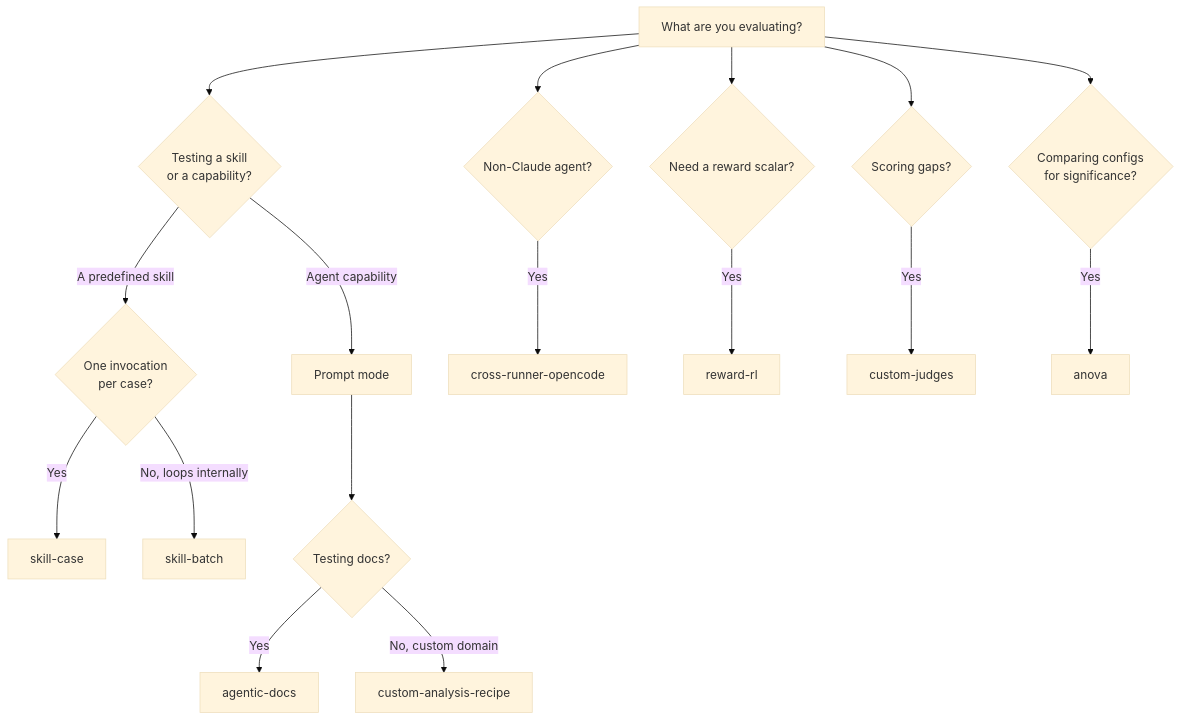
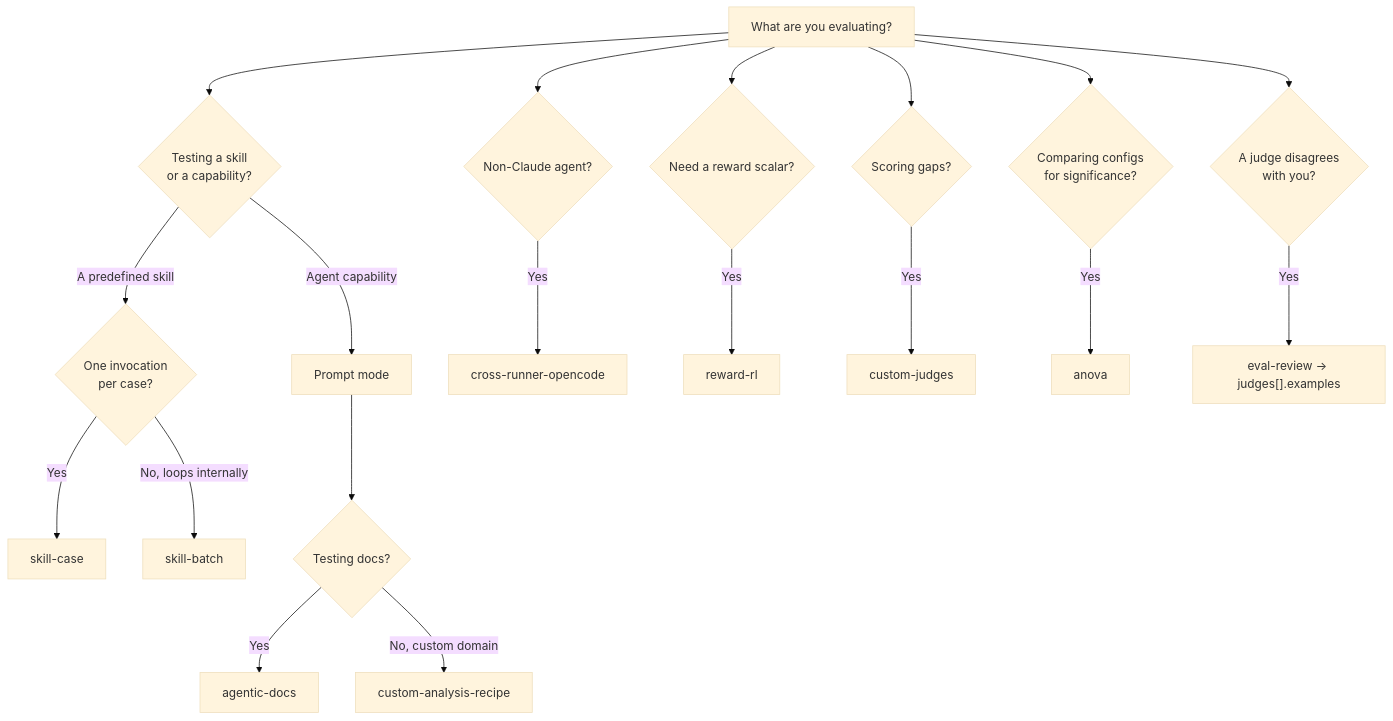
One commit to opendatahub-io/agent-eval-harness changed the diagram in website/cookbook/index.md. Above: the diagram before and after it, drawn with Mermaid (base theme). The commit also changed other lines of this file and 6 other files, not shown here.

````diff
--- a/website/cookbook/index.md
+++ b/website/cookbook/index.md
@@ -68,19 +70,21 @@
 ```mermaid
 flowchart TD
     A[What are you evaluating?] --> B{Testing a skill<br/>or a capability?}
     B -->|A predefined skill| C{One invocation<br/>per case?}
     B -->|Agent capability| D[Prompt mode]
     C -->|Yes| E[skill-case]
     C -->|No, loops internally| F[skill-batch]
     D --> G{Testing docs?}
     G -->|Yes| H[agentic-docs]
     G -->|No, custom domain| I[custom-analysis-recipe]
     A --> J{Non-Claude agent?}
     J -->|Yes| K[cross-runner-opencode]
     A --> L{Need a reward scalar?}
     L -->|Yes| M[reward-rl]
     A --> N{Scoring gaps?}
     N -->|Yes| O[custom-judges]
     A --> P{Comparing configs<br/>for significance?}
     P -->|Yes| Q[anova]
+    A --> S{A judge disagrees<br/>with you?}
+    S -->|Yes| T["eval-review → judges[].examples"]
 ```
````
